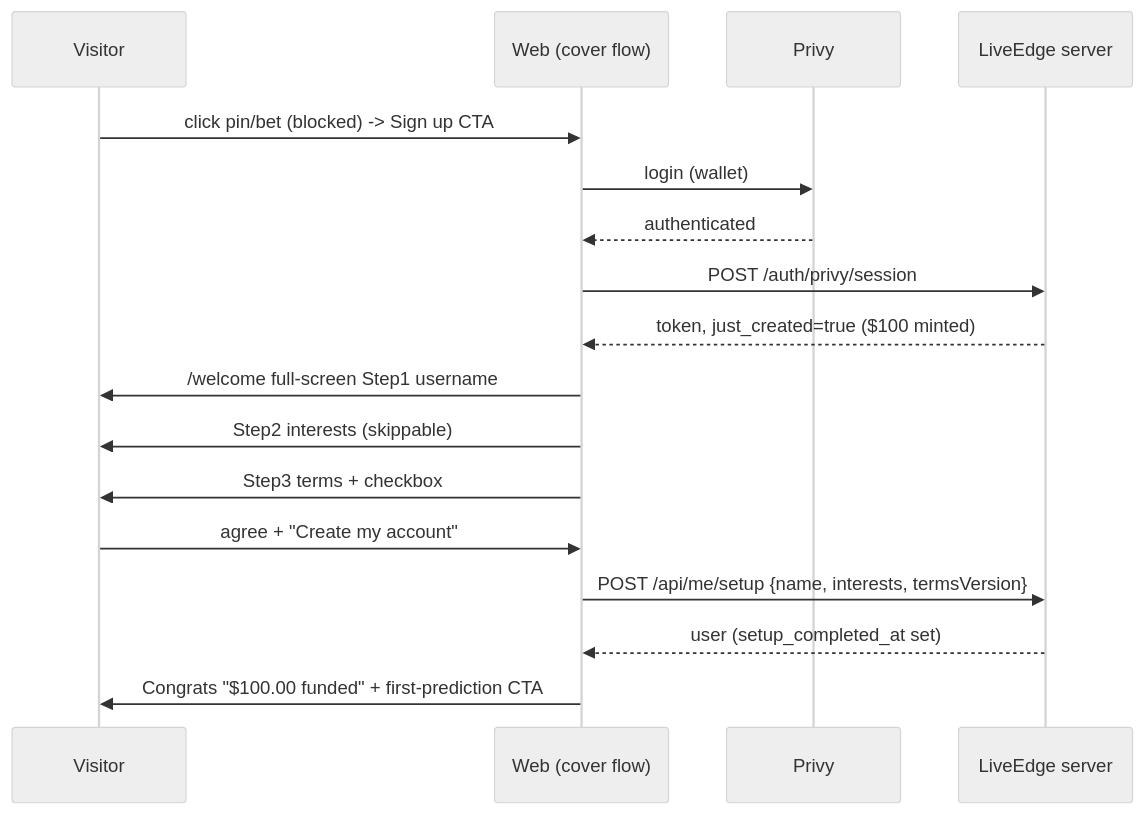
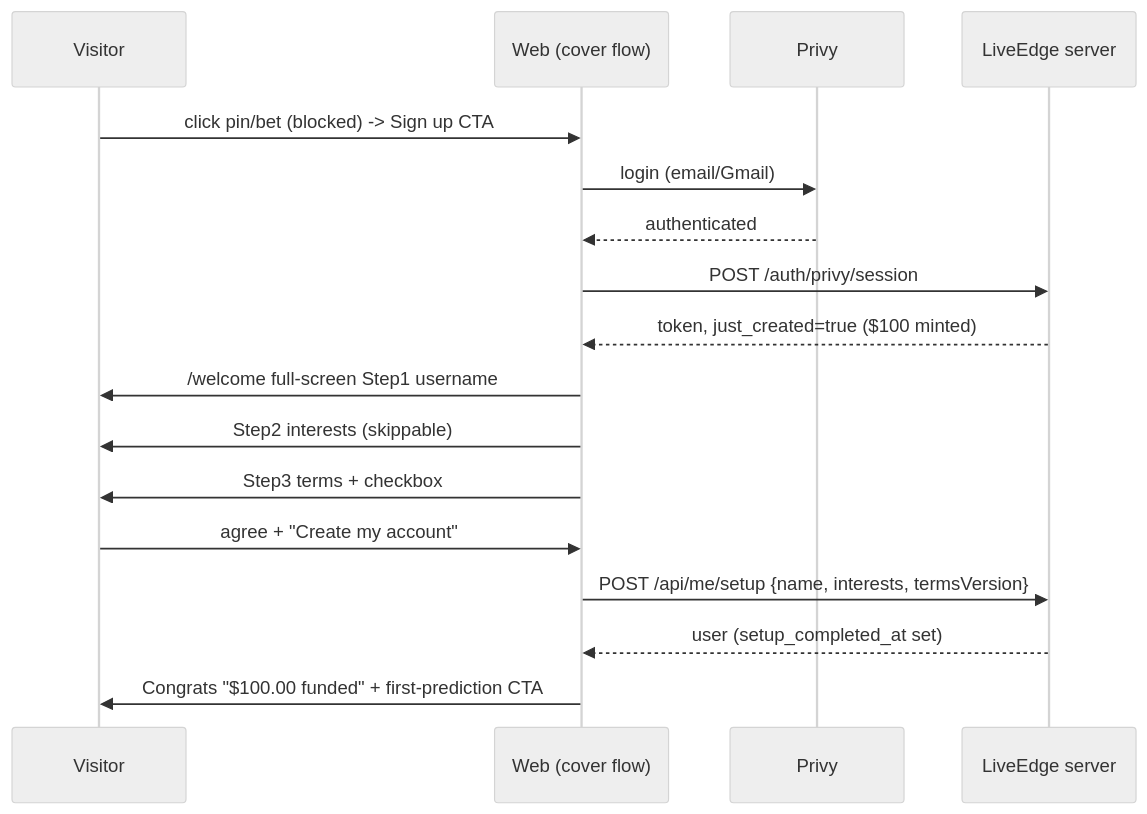
The diagram in docs/ONBOARDING_PLAN.md (sidneycodes1/Live-edge), drawn with Mermaid (neutral theme) before and after one commit. The commit also changed other lines of this file and 2 other files, not shown here.

Commit message:
docs: AMENDMENT 3 (email/Gmail login), onboarding decisions resolved (18+, username required, terms-last paragraph), TERMS_DRAFT (research-backed, legal-review flagged)

````diff
--- a/docs/ONBOARDING_PLAN.md
+++ b/docs/ONBOARDING_PLAN.md
@@ -68,19 +69,19 @@
 ```mermaid
 sequenceDiagram
   participant V as Visitor
   participant W as Web (cover flow)
   participant P as Privy
   participant S as LiveEdge server
   V->>W: click pin/bet (blocked) -> Sign up CTA
-  W->>P: login (wallet)
+  W->>P: login (email/Gmail)
   P-->>W: authenticated
   W->>S: POST /auth/privy/session
   S-->>W: token, just_created=true ($100 minted)
   W->>V: /welcome full-screen Step1 username
   W->>V: Step2 interests (skippable)
   W->>V: Step3 terms + checkbox
   V->>W: agree + "Create my account"
   W->>S: POST /api/me/setup {name, interests, termsVersion}
   S-->>W: user (setup_completed_at set)
   W->>V: Congrats "$100.00 funded" + first-prediction CTA
 ```
````
